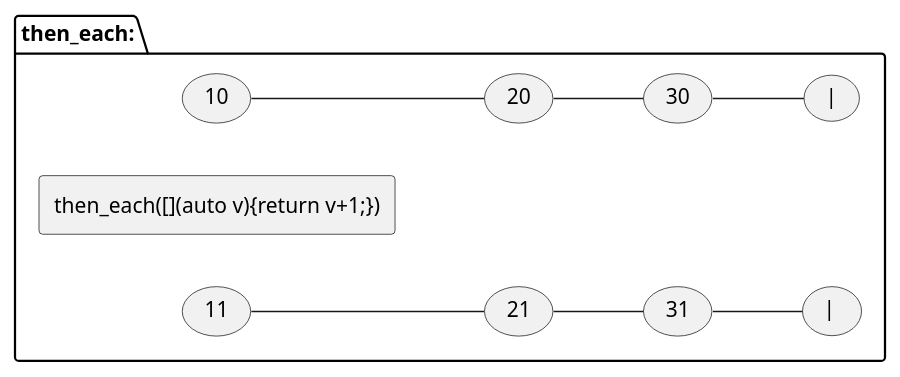
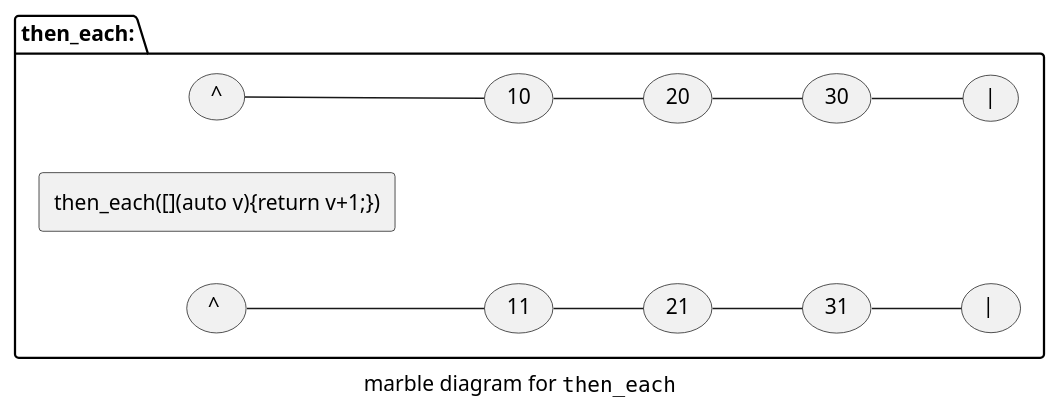
One commit to kirkshoop/sequence-next changed the sixth of 16 diagrams in sequences.md. Above: the diagram before and after it, drawn with PlantUML. The commit also changed other lines of this file, not shown here.

Commit message:
more diagrams and algorithm descriptions

````diff
--- a/sequences.md
+++ b/sequences.md
@@ -437,12 +445,15 @@
 ```plantuml
+caption marble diagram for ""then_each""
 left to right direction
 package then_each: {
+(^) -- (10)
 (10) -- (20)
 (20) -- (30)
 (30) -- (|)
 rectangle ""then_each([](auto v){return v+1;})""
+(^ ) -- (11)
 (11) -- (21)
 (21) -- (31)
 (31) -- (| )
 }
 ```
````
